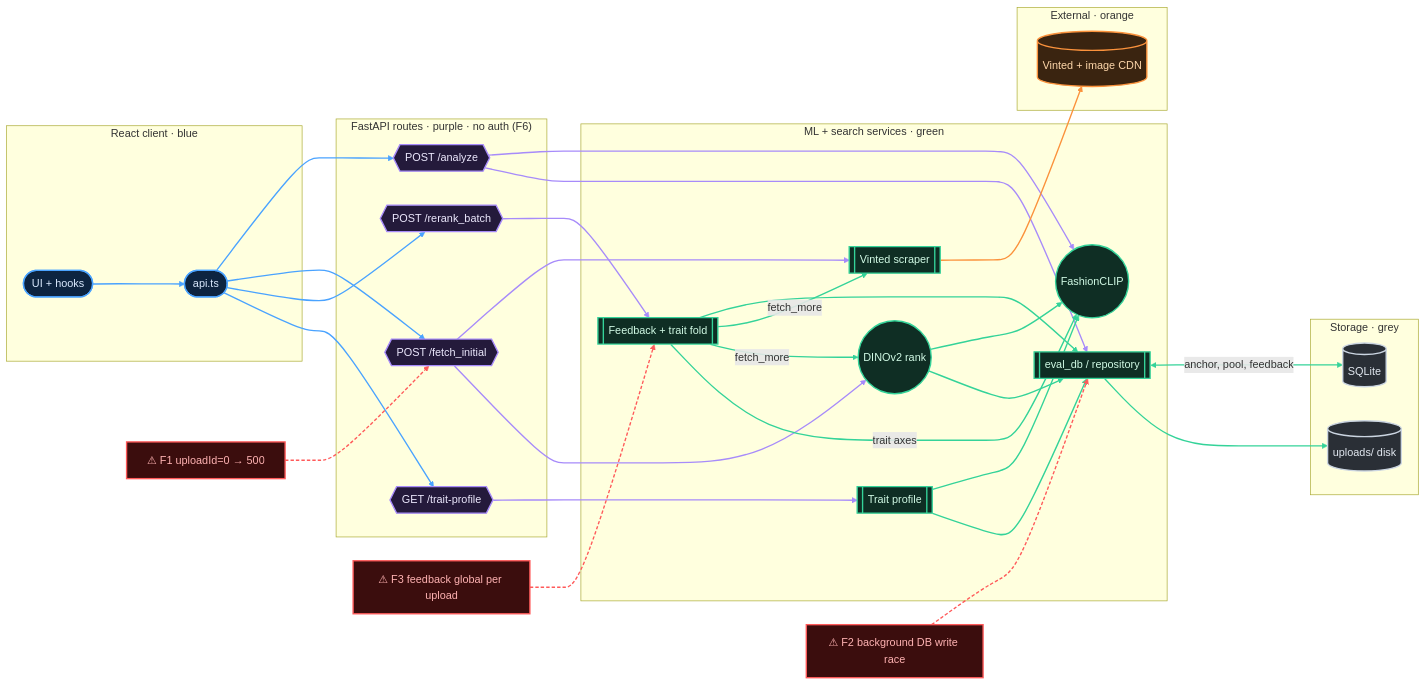
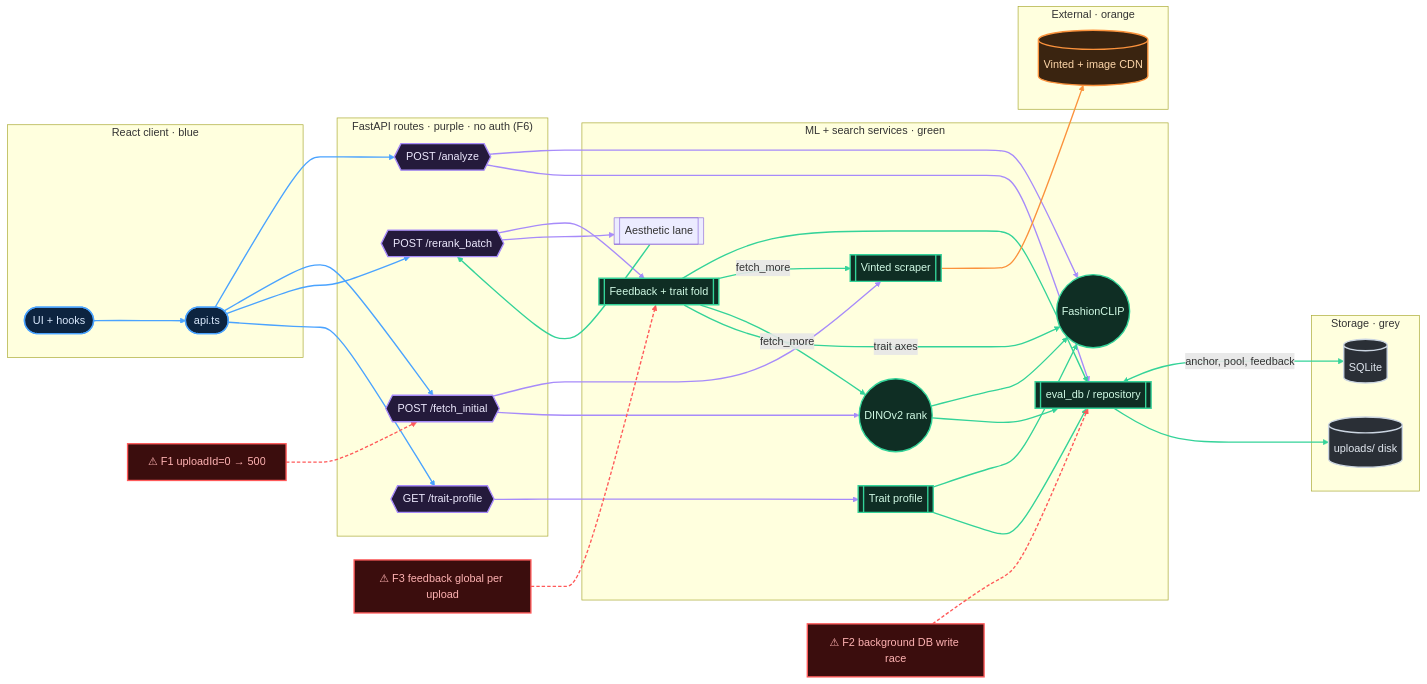
Before and after one commit to bvechiato/rack-sorter: the first of 6 diagrams in docs/flows/README.md, drawn with Mermaid. The commit also changed other lines of this file and 18 other files, not shown here.

````diff
--- a/docs/flows/README.md
+++ b/docs/flows/README.md
@@ -41,6 +41,7 @@
         CL(("FashionCLIP"))
         FD[["Feedback + trait fold"]]
         PR[["Trait profile"]]
+        AL[["Aesthetic lane"]]
     end
 
     subgraph External["External · orange"]
@@ -85,6 +86,8 @@
     F1 -.-> FI
     F2 -.-> EV
     F3 -.-> FD
+    RR --> AL
+    AL --> RR
 
     class UI,API client
     class AN,FI,RR,TP route
@@ -94,8 +97,8 @@
     class F1,F2,F3 fault
 
     linkStyle 0,1,2,3,4 stroke:#4aa3ff,stroke-width:2px
-    linkStyle 5,6,7,8,9,10 stroke:#a78bfa,stroke-width:2px
-    linkStyle 11,12,13,14,15,16,17,18,19,20 stroke:#34d399,stroke-width:2px
+    linkStyle 5,6,7,8,9,10,25 stroke:#a78bfa,stroke-width:2px
+    linkStyle 11,12,13,14,15,16,17,18,19,20,26 stroke:#34d399,stroke-width:2px
     linkStyle 21 stroke:#fb923c,stroke-width:2px
     linkStyle 22,23,24 stroke:#ff5a5a,stroke-width:2px,stroke-dasharray: 5 3
 ```
````
